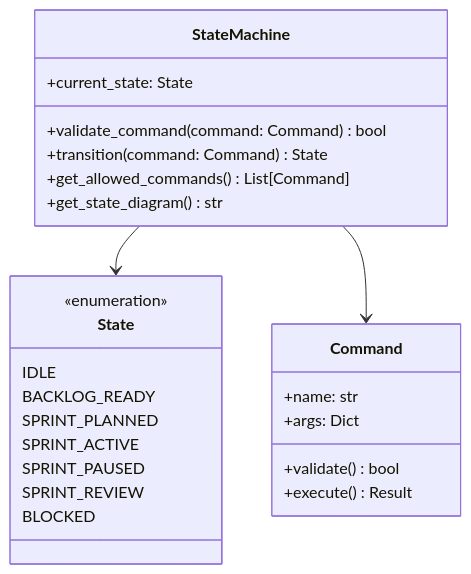
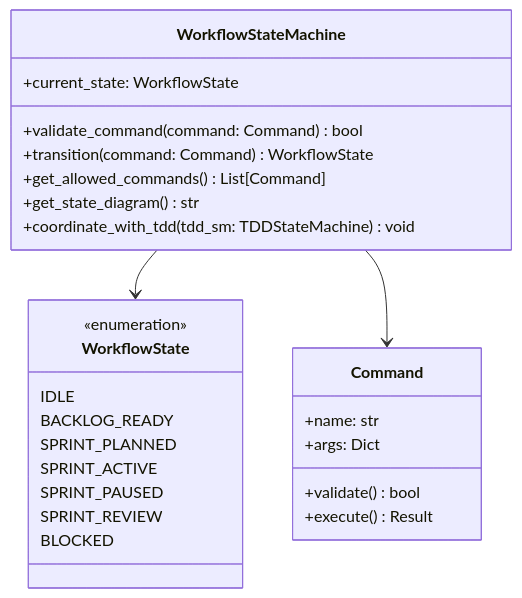
Before and after one commit to jmontp/agent-workflow: the first of 7 diagrams in docs_src/advanced/code.md, drawn with Mermaid. The commit also changed other lines of this file and 9 other files, not shown here.

First line of the commit message:
Update advanced documentation for dual state machine architecture with TDD integration

````diff
--- a/docs_src/advanced/code.md
+++ b/docs_src/advanced/code.md
@@ -5,31 +9,32 @@
 ```mermaid
 classDiagram
-    class StateMachine {
-        +current_state: State
+    class WorkflowStateMachine {
+        +current_state: WorkflowState
         +validate_command(command: Command) bool
-        +transition(command: Command) State
+        +transition(command: Command) WorkflowState
         +get_allowed_commands() List[Command]
         +get_state_diagram() str
+        +coordinate_with_tdd(tdd_sm: TDDStateMachine) void
     }
     
-    class State {
+    class WorkflowState {
         <<enumeration>>
         IDLE
         BACKLOG_READY
         SPRINT_PLANNED
         SPRINT_ACTIVE
         SPRINT_PAUSED
         SPRINT_REVIEW
         BLOCKED
     }
     
     class Command {
         +name: str
         +args: Dict
         +validate() bool
         +execute() Result
     }
     
-    StateMachine --> State
-    StateMachine --> Command
+    WorkflowStateMachine --> WorkflowState
+    WorkflowStateMachine --> Command
 ```
````
